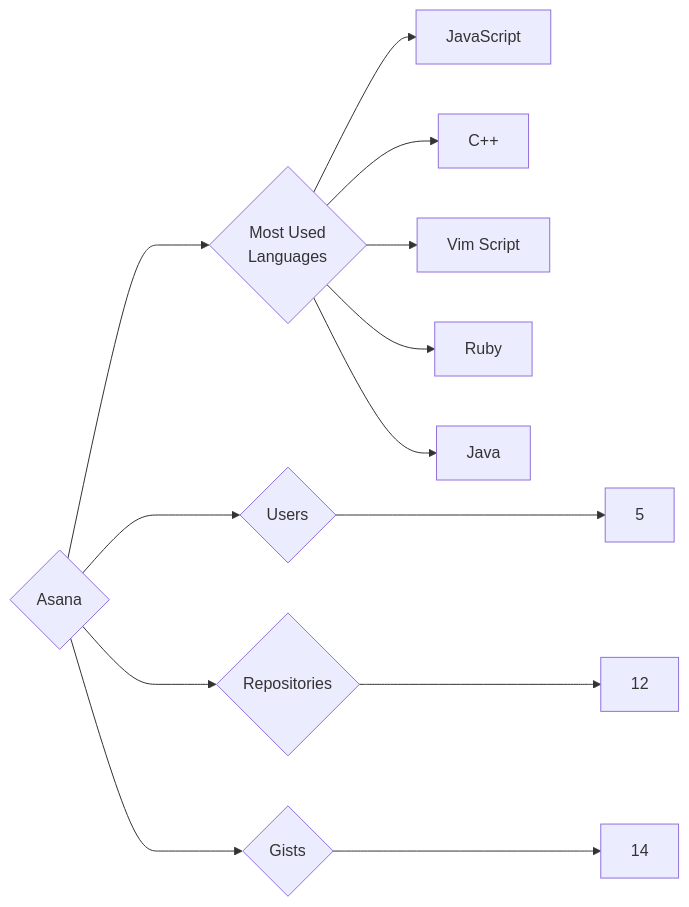
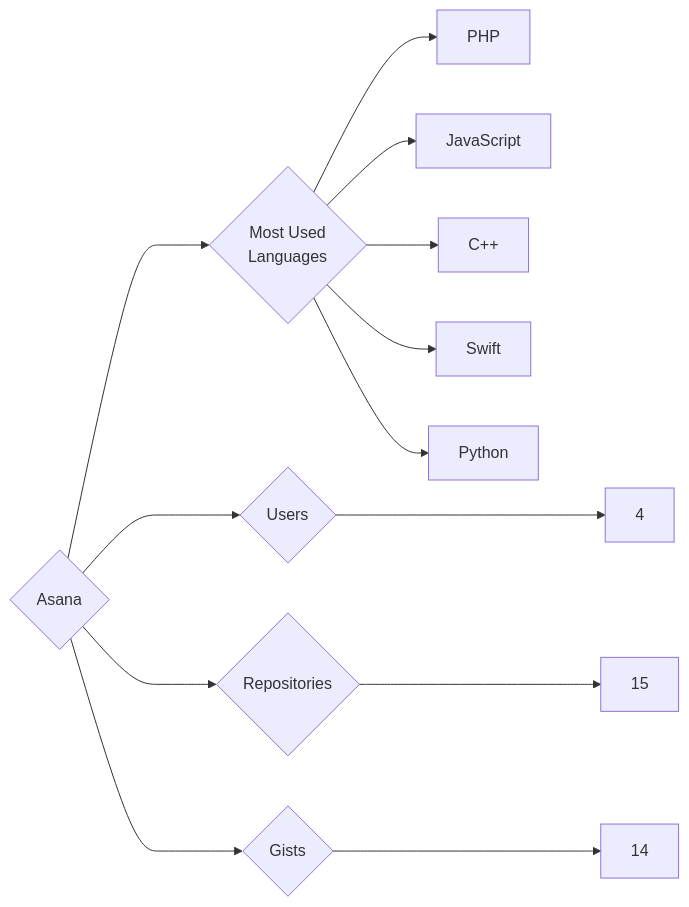
Before and after one commit to trickest/insiders: the diagram in targets/Asana/README.md, drawn with Mermaid. The commit also changed 1084 other files, not shown here.

````diff
--- a/targets/Asana/README.md
+++ b/targets/Asana/README.md
@@ -3,13 +3,13 @@
 ```mermaid
 graph LR
 COMPANY_NAME{Asana}
-COMPANY_NAME ---> U{Users} ---> UN[5]
-COMPANY_NAME ---> R{Repositories} ---> RN[12]
+COMPANY_NAME ---> U{Users} ---> UN[4]
+COMPANY_NAME ---> R{Repositories} ---> RN[15]
 COMPANY_NAME ---> G{Gists} ---> GN[14]
 COMPANY_NAME ---> ML{Most Used<br>Languages}
+ML --> PHP[PHP]
 ML --> JavaScript[JavaScript]
 ML --> C++[C++]
-ML --> Vim_Script[Vim Script]
-ML --> Ruby[Ruby]
-ML --> Java[Java]
+ML --> Swift[Swift]
+ML --> Python[Python]
 ```
````
